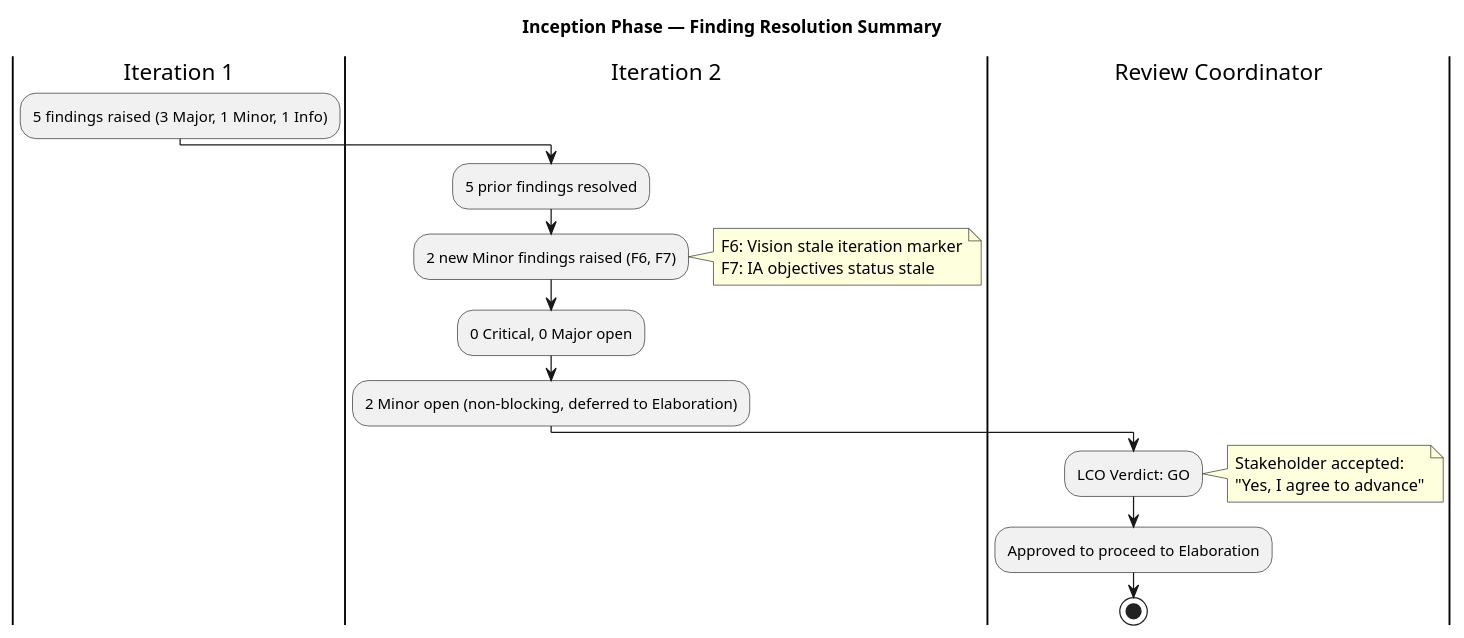
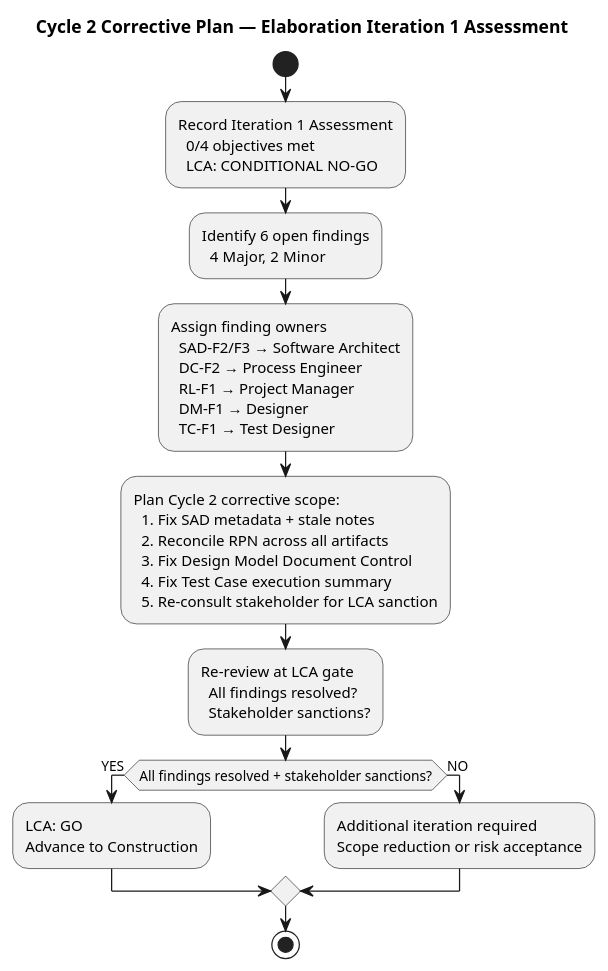
The fourth of 5 diagrams in docs/artifacts/project-management/iteration-assessment.md (banense-test/demo-janke-lab), drawn with PlantUML before and after one commit. The commit also changed other lines of this file, not shown here.

First line of the commit message:
Project Manager [E1]: upsert Iteration Assessment

````diff
--- a/docs/artifacts/project-management/iteration-assessment.md
+++ b/docs/artifacts/project-management/iteration-assessment.md
@@ -99,21 +275,35 @@
 ```plantuml
 @startuml
-title Inception Phase — Finding Resolution Summary
+title Cycle 2 Corrective Plan — Elaboration Iteration 1 Assessment
 
-|Iteration 1|
-:5 findings raised (3 Major, 1 Minor, 1 Info);
-
-|Iteration 2|
-:5 prior findings resolved;
-:2 new Minor findings raised (F6, F7);
-note right: F6: Vision stale iteration marker\nF7: IA objectives status stale
-:0 Critical, 0 Major open;
-:2 Minor open (non-blocking, deferred to Elaboration);
-
-|Review Coordinator|
-:LCO Verdict: GO;
-note right: Stakeholder accepted:\n"Yes, I agree to advance"
-:Approved to proceed to Elaboration;
+start
+:Record Iteration 1 Assessment
+  0/4 objectives met
+  LCA: CONDITIONAL NO-GO;
+:Identify 6 open findings
+  4 Major, 2 Minor;
+:Assign finding owners
+  SAD-F2/F3 → Software Architect
+  DC-F2 → Process Engineer
+  RL-F1 → Project Manager
+  DM-F1 → Designer
+  TC-F1 → Test Designer;
+:Plan Cycle 2 corrective scope:
+  1. Fix SAD metadata + stale notes
+  2. Reconcile RPN across all artifacts
+  3. Fix Design Model Document Control
+  4. Fix Test Case execution summary
+  5. Re-consult stakeholder for LCA sanction;
+:Re-review at LCA gate
+  All findings resolved?
+  Stakeholder sanctions?;
+if (All findings resolved + stakeholder sanctions?) then (YES)
+  :LCA: GO
+  Advance to Construction;
+else (NO)
+  :Additional iteration required
+  Scope reduction or risk acceptance;
+endif
 stop
 @enduml
 ```
````
